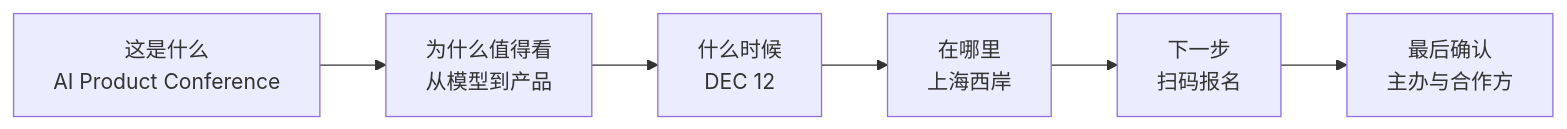
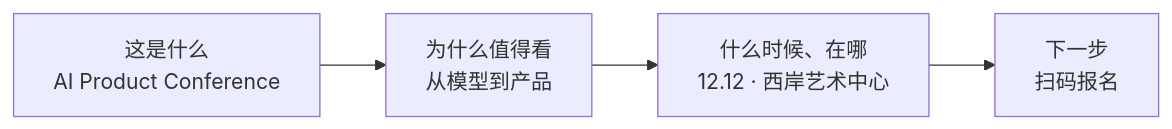
Before and after one commit to antonailog/skills: the fourth of 4 diagrams in skills/study-guide/examples/visual-design-basics/output/guide.md, drawn with Mermaid. The commit also changed other lines of this file and 11 other files, not shown here.

````diff
--- a/skills/study-guide/examples/visual-design-basics/output/guide.md
+++ b/skills/study-guide/examples/visual-design-basics/output/guide.md
@@ -652,4 +889,4 @@
 ```mermaid
 flowchart LR
-    A["这是什么<br/>AI Product Conference"] --> B["为什么值得看<br/>从模型到产品"] --> C["什么时候<br/>DEC 12"] --> D["在哪里<br/>上海西岸"] --> E["下一步<br/>扫码报名"] --> F["最后确认<br/>主办与合作方"]
+    A["这是什么<br/>AI Product Conference"] --> B["为什么值得看<br/>从模型到产品"] --> C["什么时候、在哪<br/>12.12 · 西岸艺术中心"] --> D["下一步<br/>扫码报名"]
 ```
````
